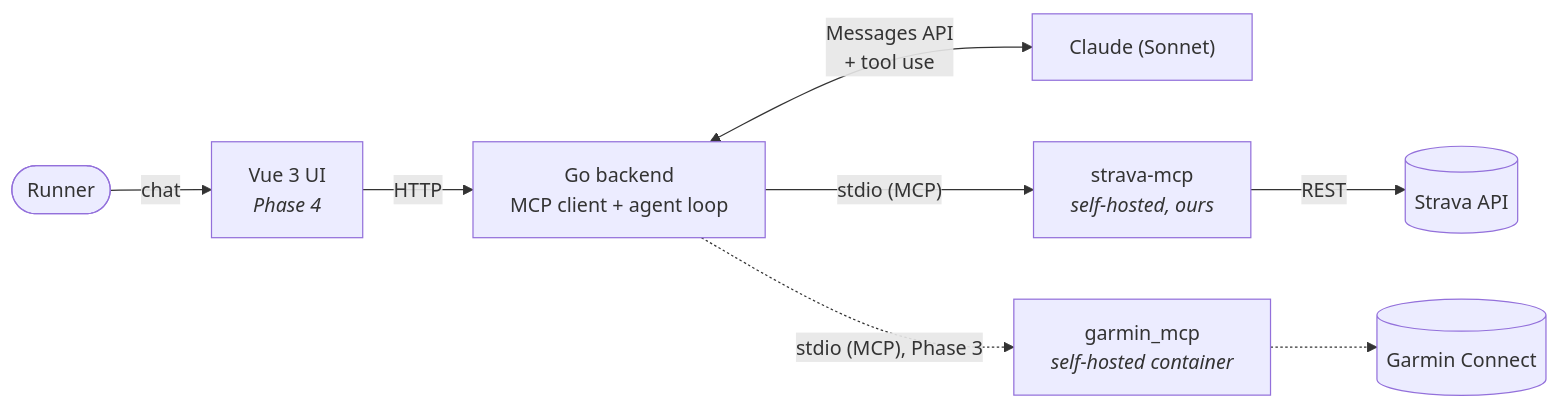
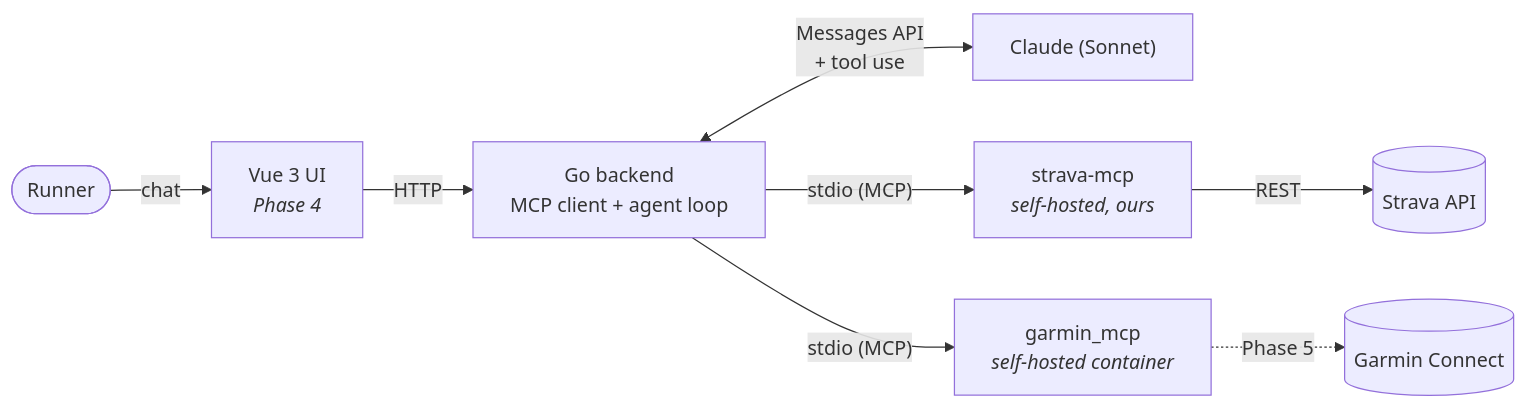
One commit to lmagsino/run-coach-ai changed the diagram in README.md. Above: the diagram before and after it, drawn with Mermaid. The commit also changed other lines of this file, not shown here.

First line of the commit message:
docs: bring README up to date with Phase 3

````diff
--- a/README.md
+++ b/README.md
@@ -42,10 +42,10 @@
 ```mermaid
 flowchart LR
     User([Runner]) -->|chat| Vue["Vue 3 UI<br/><i>Phase 4</i>"]
     Vue -->|HTTP| Go["Go backend<br/>MCP client + agent loop"]
     Go <-->|"Messages API<br/>+ tool use"| Claude["Claude (Sonnet)"]
     Go -->|"stdio (MCP)"| SMCP["strava-mcp<br/><i>self-hosted, ours</i>"]
-    Go -.->|"stdio (MCP), Phase 3"| GMCP["garmin_mcp<br/><i>self-hosted container</i>"]
+    Go -->|"stdio (MCP)"| GMCP["garmin_mcp<br/><i>self-hosted container</i>"]
     SMCP -->|REST| Strava[("Strava API")]
-    GMCP -.-> Garmin[("Garmin Connect")]
+    GMCP -.->|"Phase 5"| Garmin[("Garmin Connect")]
 ```
````
